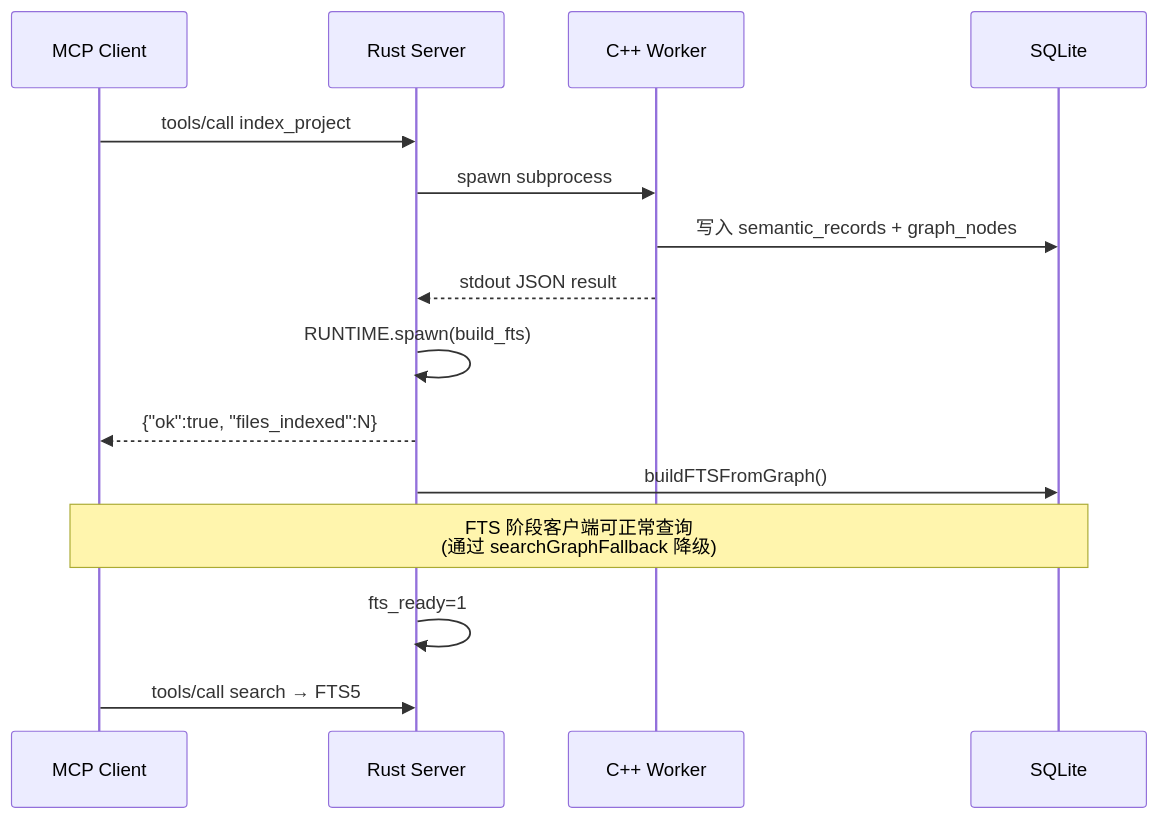
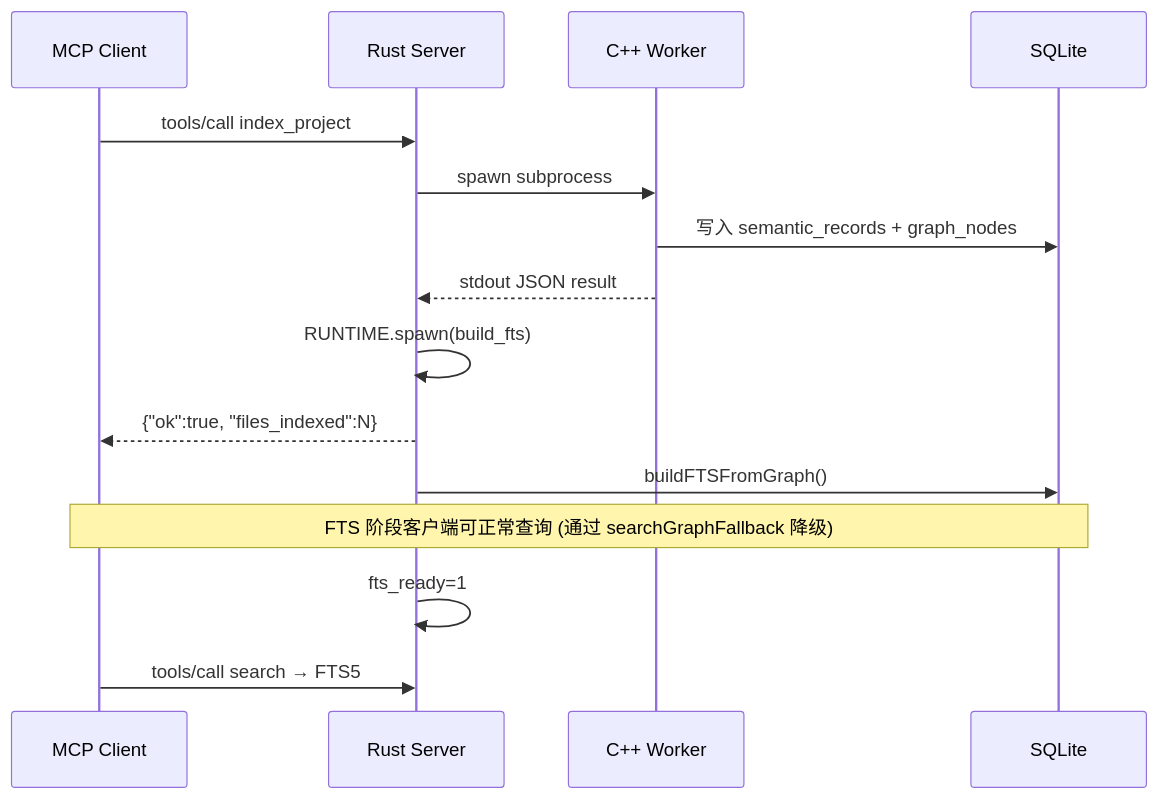
Before and after one commit to Timwood0x10/CodeScope: the seventh of 8 diagrams in docs/zh/architecture.md, drawn with Mermaid. The commit also changed other lines of this file and 4 other files, not shown here.

````diff
--- a/docs/zh/architecture.md
+++ b/docs/zh/architecture.md
@@ -170,18 +170,18 @@
 ```mermaid
 sequenceDiagram
     participant Client as MCP Client
     participant Server as Rust Server
     participant Worker as C++ Worker
     participant DB as SQLite
 
     Client->>Server: tools/call index_project
     Server->>Worker: spawn subprocess
     Worker->>DB: 写入 semantic_records + graph_nodes
     Worker-->>Server: stdout JSON result
     Server->>Server: RUNTIME.spawn(build_fts)
     Server-->>Client: {"ok":true, "files_indexed":N}
     Server->>DB: buildFTSFromGraph()
-    Note over Client,DB: FTS 阶段客户端可正常查询<br/>(通过 searchGraphFallback 降级)
+    Note over Client,DB: FTS 阶段客户端可正常查询 (通过 searchGraphFallback 降级)
     Server->>Server: fts_ready=1
     Client->>Server: tools/call search → FTS5
 ```
````
